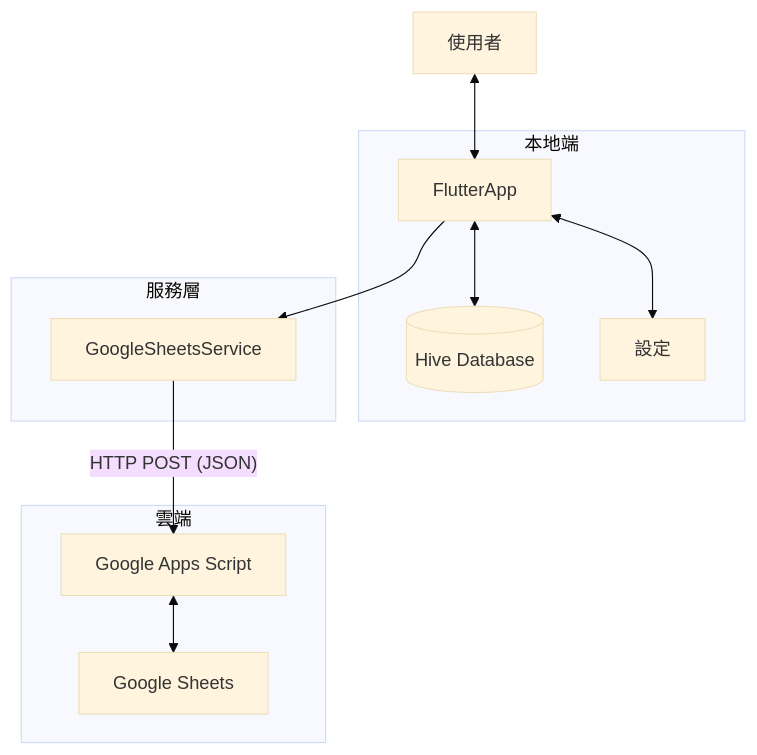
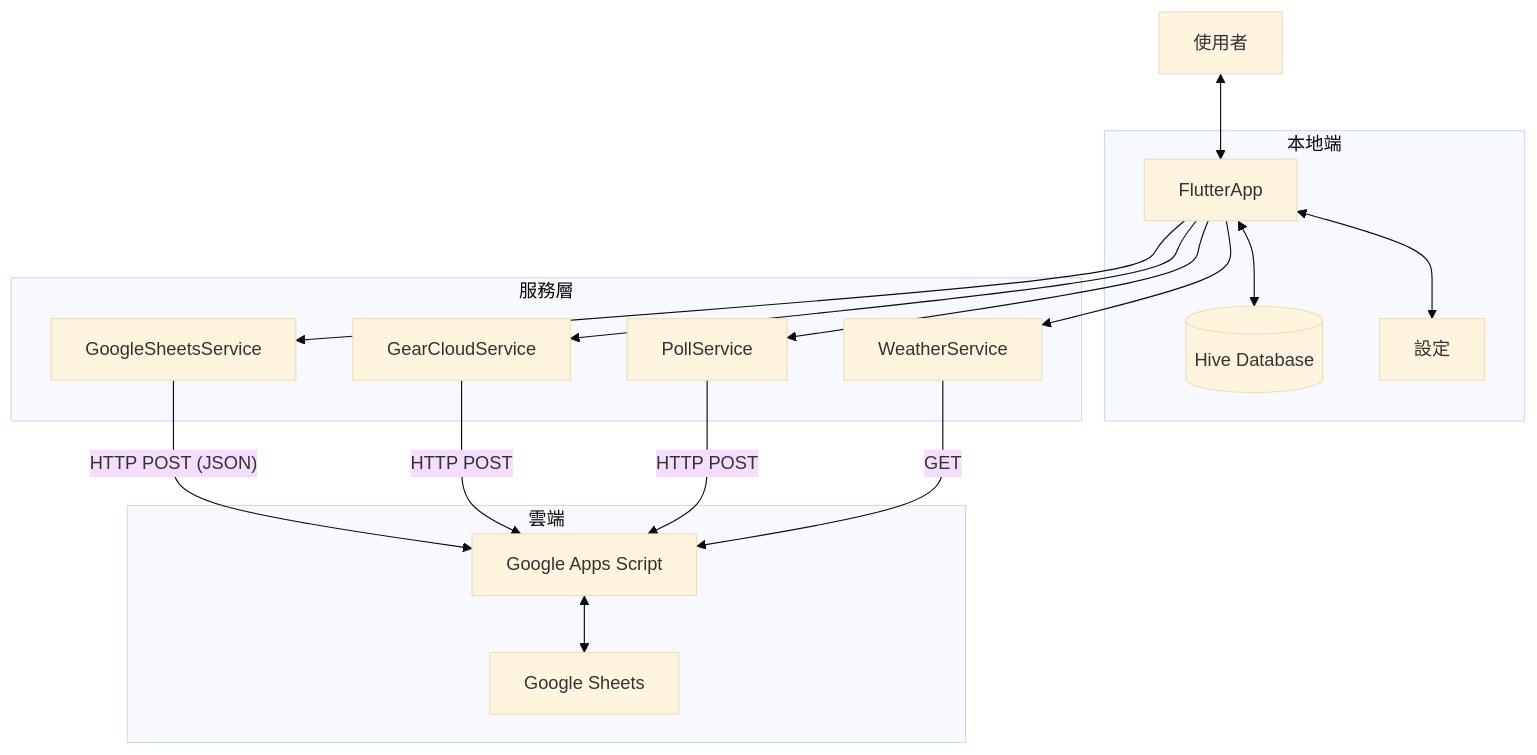
The first of 2 diagrams in docs/ARCHITECTURE_AND_SCHEMA.md (dectecx/SummitMate), drawn with Mermaid (base theme) before and after one commit. The commit also changed other lines of this file and 3 other files, not shown here.

Commit message:
docs: comprehensive documentation update - add missing schemas, APIs, and features

````diff
--- a/docs/ARCHITECTURE_AND_SCHEMA.md
+++ b/docs/ARCHITECTURE_AND_SCHEMA.md
@@ -6,18 +6,24 @@
 ```mermaid
 graph TD
     User[使用者] <--> FlutterApp
-    
+
     subgraph Local [本地端]
         FlutterApp <--> Hive[(Hive Database)]
         FlutterApp <--> SharedPreferences[設定]
     end
 
     subgraph Service Layer [服務層]
         FlutterApp --> GoogleSheetsService
+        FlutterApp --> GearCloudService
+        FlutterApp --> PollService
+        FlutterApp --> WeatherService
     end
 
     subgraph Cloud [雲端]
         GoogleSheetsService -- HTTP POST (JSON) --> GAS[Google Apps Script]
+        GearCloudService -- HTTP POST --> GAS
+        PollService -- HTTP POST --> GAS
+        WeatherService -- GET --> GAS
         GAS <--> GSheets[Google Sheets]
     end
 ```
````
